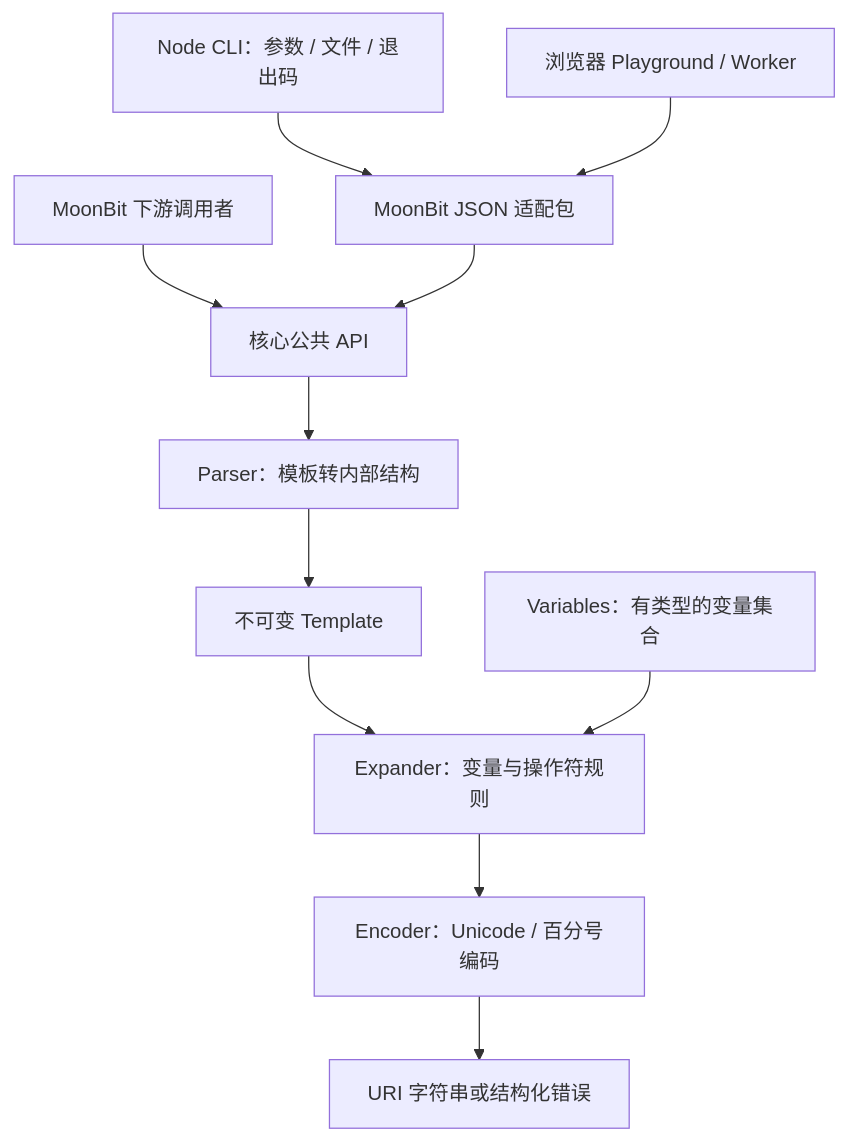
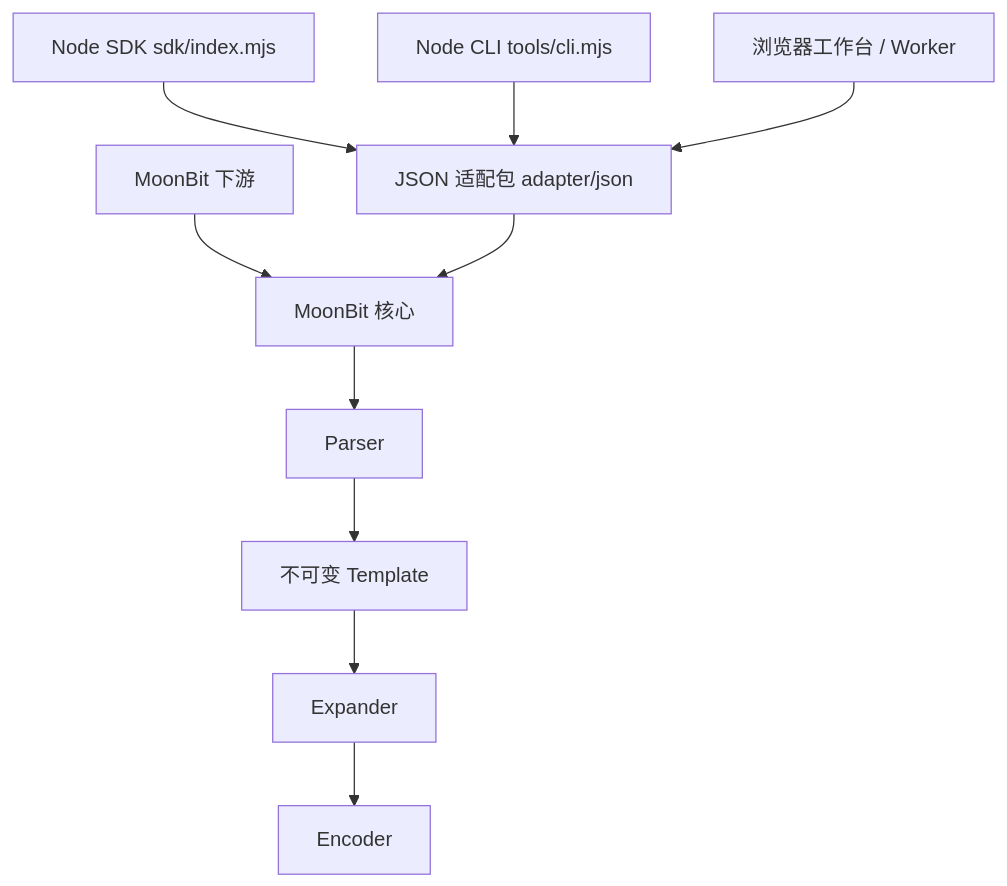
Before and after one commit to cjyhjy/moonbit-uri-template: the diagram in docs/ARCHITECTURE.md, drawn with Mermaid. The commit also changed other lines of this file and 23 other files, not shown here.

````diff
--- a/docs/ARCHITECTURE.md
+++ b/docs/ARCHITECTURE.md
@@ -9,13 +5,10 @@
 ```mermaid
 flowchart TD
-  Consumer[MoonBit 下游调用者] --> API[核心公共 API]
-  CLI[Node CLI：参数 / 文件 / 退出码] --> Adapter[MoonBit JSON 适配包]
-  Web[浏览器 Playground / Worker] --> Adapter
-  Adapter --> API
-  API --> Parser[Parser：模板转内部结构]
-  Parser --> Template[不可变 Template]
-  Template --> Expander[Expander：变量与操作符规则]
-  Values[Variables：有类型的变量集合] --> Expander
-  Expander --> Encoder[Encoder：Unicode / 百分号编码]
-  Encoder --> Result[URI 字符串或结构化错误]
+  MB[MoonBit 下游] --> Core
+  SDK[Node SDK sdk/index.mjs] --> Adapter
+  CLI[Node CLI tools/cli.mjs] --> Adapter
+  Web[浏览器工作台 / Worker] --> Adapter
+  Adapter[JSON 适配包 adapter/json] --> Core
+  Core[MoonBit 核心] --> Parser --> Template[不可变 Template]
+  Template --> Expander --> Encoder
 ```
````
